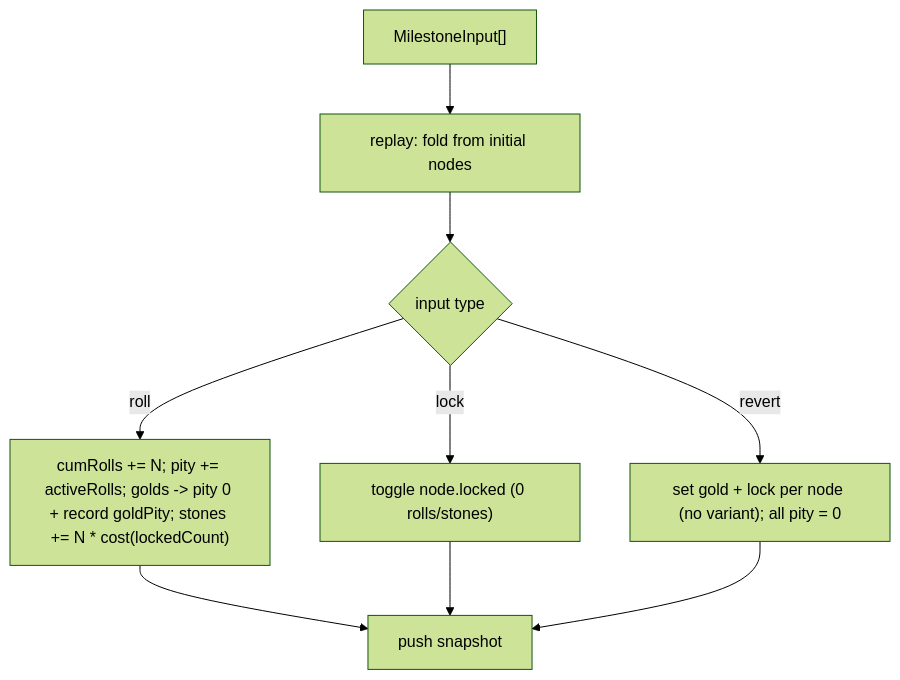
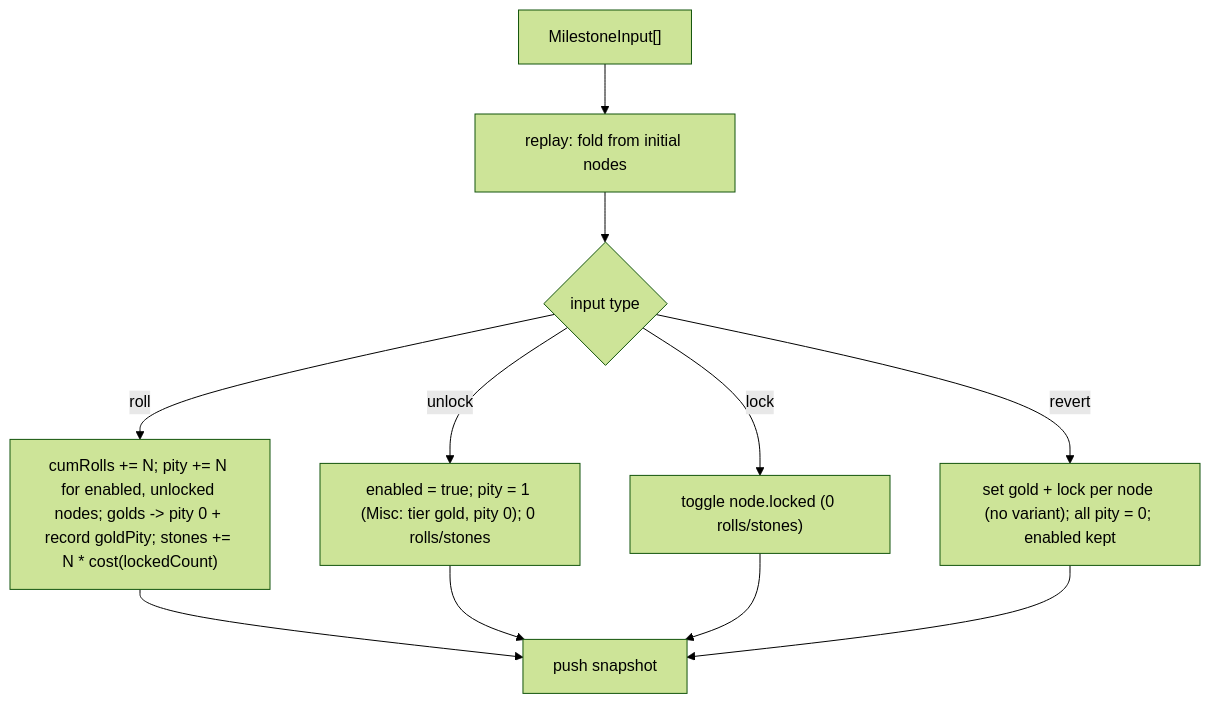
One commit to imouto1994/wwm changed the diagram in docs/reforge-app.md. Above: the diagram before and after it, drawn with Mermaid (forest theme). The commit also changed other lines of this file and 17 other files, not shown here.

````diff
--- a/docs/reforge-app.md
+++ b/docs/reforge-app.md
@@ -192,11 +192,13 @@
 ```mermaid
 flowchart TD
     inputs["MilestoneInput[]"] --> fold["replay: fold from initial nodes"]
     fold --> kind{"input type"}
-    kind -->|"roll"| r["cumRolls += N; pity += activeRolls; golds -> pity 0 + record goldPity; stones += N * cost(lockedCount)"]
+    kind -->|"roll"| r["cumRolls += N; pity += N for enabled, unlocked nodes; golds -> pity 0 + record goldPity; stones += N * cost(lockedCount)"]
+    kind -->|"unlock"| u["enabled = true; pity = 1 (Misc: tier gold, pity 0); 0 rolls/stones"]
     kind -->|"lock"| l["toggle node.locked (0 rolls/stones)"]
-    kind -->|"revert"| v["set gold + lock per node (no variant); all pity = 0"]
+    kind -->|"revert"| v["set gold + lock per node (no variant); all pity = 0; enabled kept"]
     r --> snap["push snapshot"]
+    u --> snap
     l --> snap
     v --> snap
 ```
````
